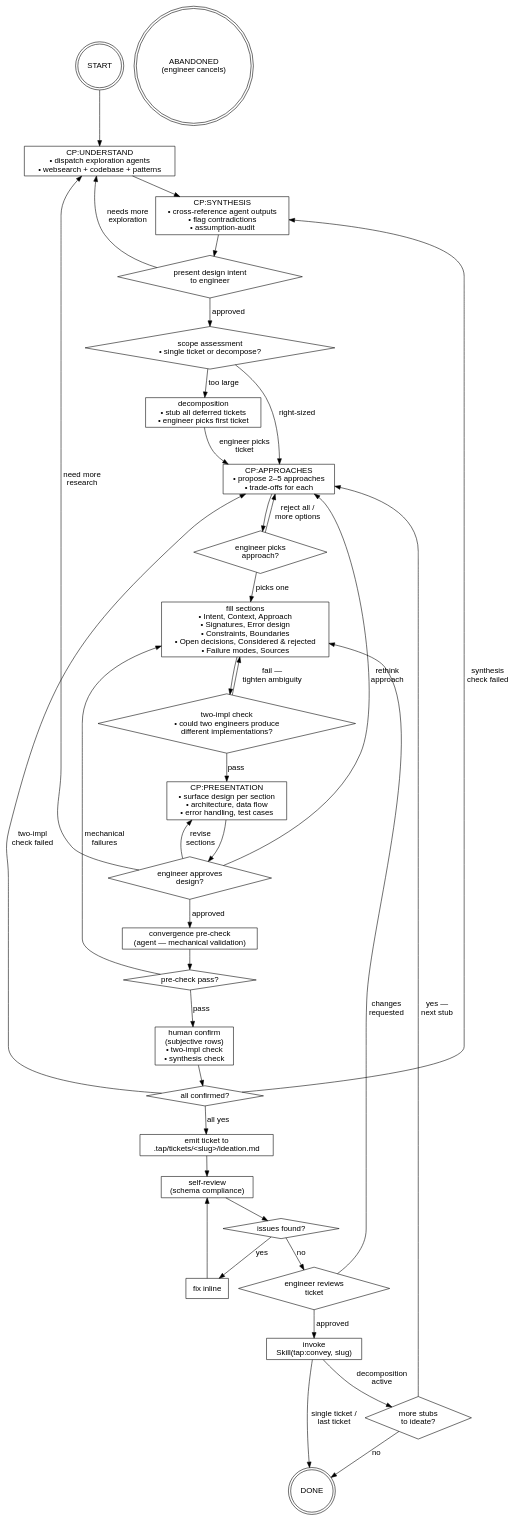
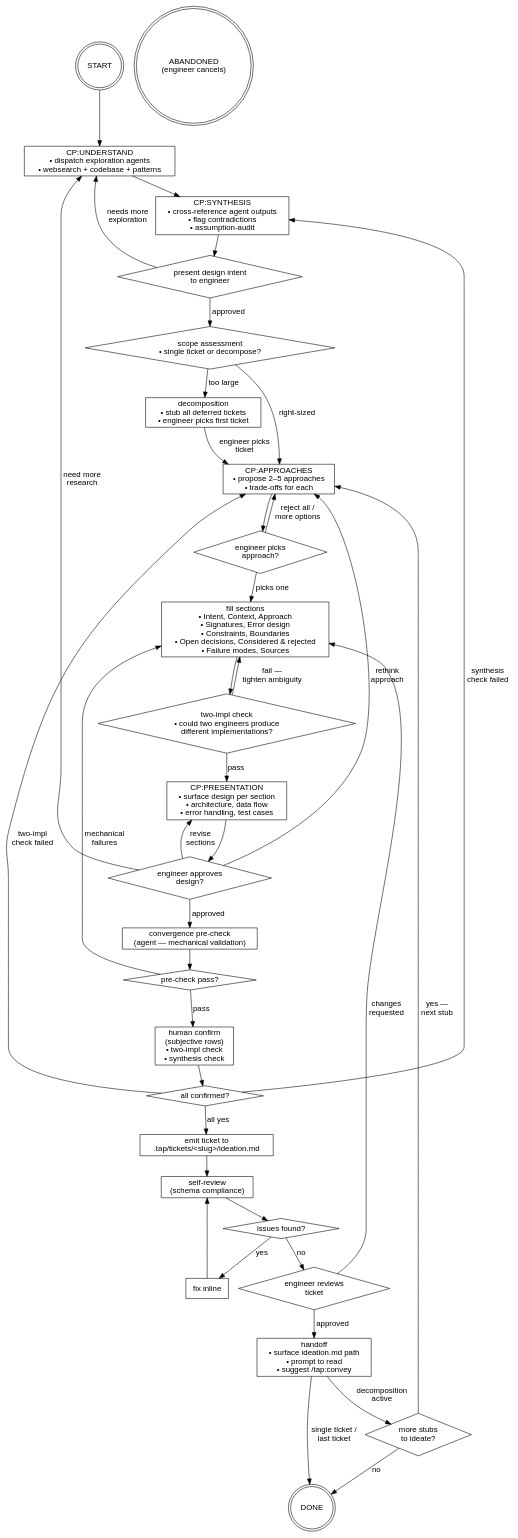
One commit to bjspdn/tap-skills changed the diagram in skills/into/RUN_FLOW.md. Above: the diagram before and after it, drawn with Graphviz. The commit also changed other lines of this file and 10 other files, not shown here.

```diff
--- a/skills/into/RUN_FLOW.md
+++ b/skills/into/RUN_FLOW.md
@@ -40,8 +40,8 @@
   fix_inline        [label="fix inline"];
   eng_review        [label="engineer reviews\nticket", shape=diamond];
 
-  /* ── Convey + decomposition loop ── */
-  convey            [label="invoke\nSkill(tap:convey, slug)"];
+  /* ── Handoff + decomposition loop ── */
+  convey            [label="handoff\n• surface ideation.md path\n• prompt to read\n• suggest /tap:convey"];
   next_ticket       [label="more stubs\nto ideate?", shape=diamond];
 
   done              [label="DONE", shape=doublecircle];
```
